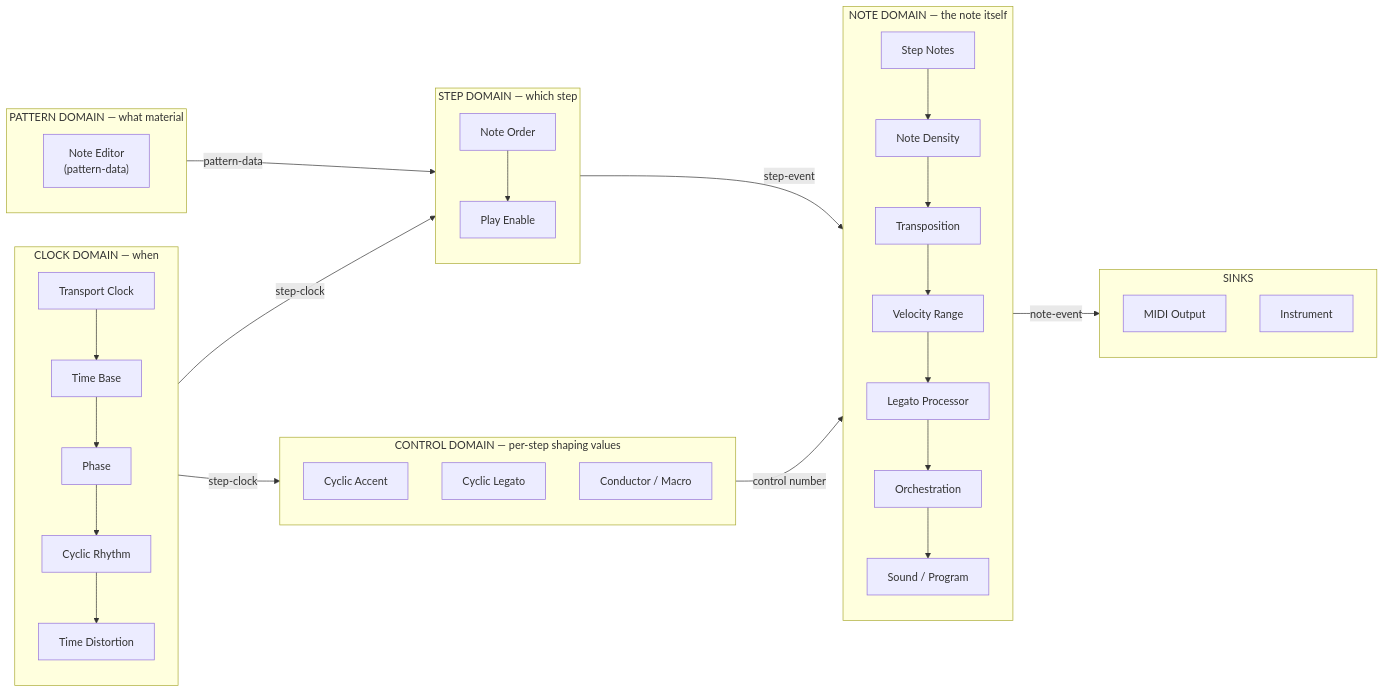
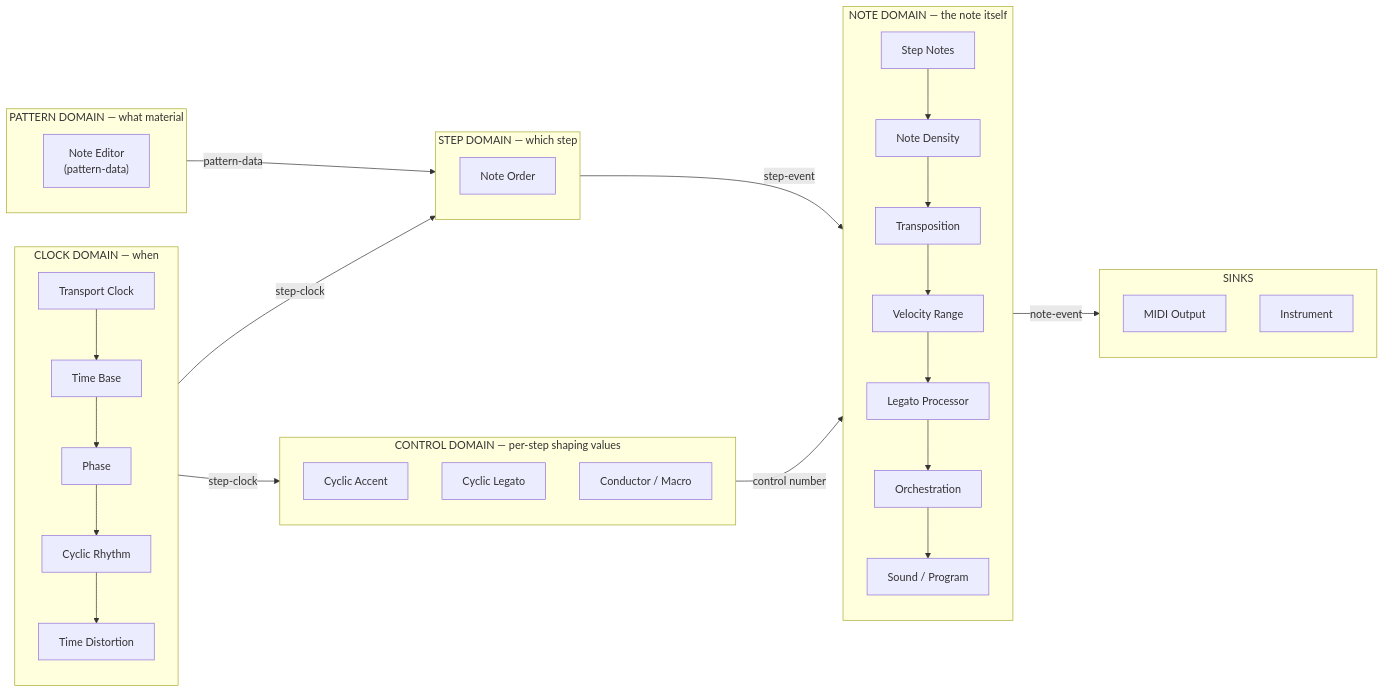
The first of 4 diagrams in MODULAR_MODULE_MAP.md (rjvaleo/M-Clone), drawn with Mermaid before and after one commit. The commit also changed other lines of this file and 4 other files, not shown here.

````diff
--- a/MODULAR_MODULE_MAP.md
+++ b/MODULAR_MODULE_MAP.md
@@ -37,42 +36,42 @@
 ```mermaid
 flowchart LR
   subgraph CLOCK["CLOCK DOMAIN — when"]
     direction TB
     C1["Transport Clock"] --> C2["Time Base"] --> C3["Phase"] --> C4["Cyclic Rhythm"] --> C5["Time Distortion"]
   end
 
   subgraph PATTERN["PATTERN DOMAIN — what material"]
     direction TB
     P1["Note Editor<br/>(pattern-data)"]
   end
 
   subgraph STEP["STEP DOMAIN — which step"]
     direction TB
-    S1["Note Order"] --> S2["Play Enable"]
+    S1["Note Order"]
   end
 
   subgraph CONTROL["CONTROL DOMAIN — per-step shaping values"]
     direction TB
     K1["Cyclic Accent"]
     K2["Cyclic Legato"]
     K3["Conductor / Macro"]
   end
 
   subgraph NOTE["NOTE DOMAIN — the note itself"]
     direction TB
     N1["Step Notes"] --> N2["Note Density"] --> N3["Transposition"] --> N4["Velocity Range"] --> N5["Legato Processor"] --> N6["Orchestration"] --> N7["Sound / Program"]
   end
 
   subgraph SINK["SINKS"]
     direction TB
     O1["MIDI Output"]
     O2["Instrument"]
   end
 
   CLOCK -->|step-clock| STEP
   PATTERN -->|pattern-data| STEP
   CLOCK -->|step-clock| CONTROL
   STEP -->|step-event| NOTE
   CONTROL -->|control number| NOTE
   NOTE -->|note-event| SINK
 ```
````
